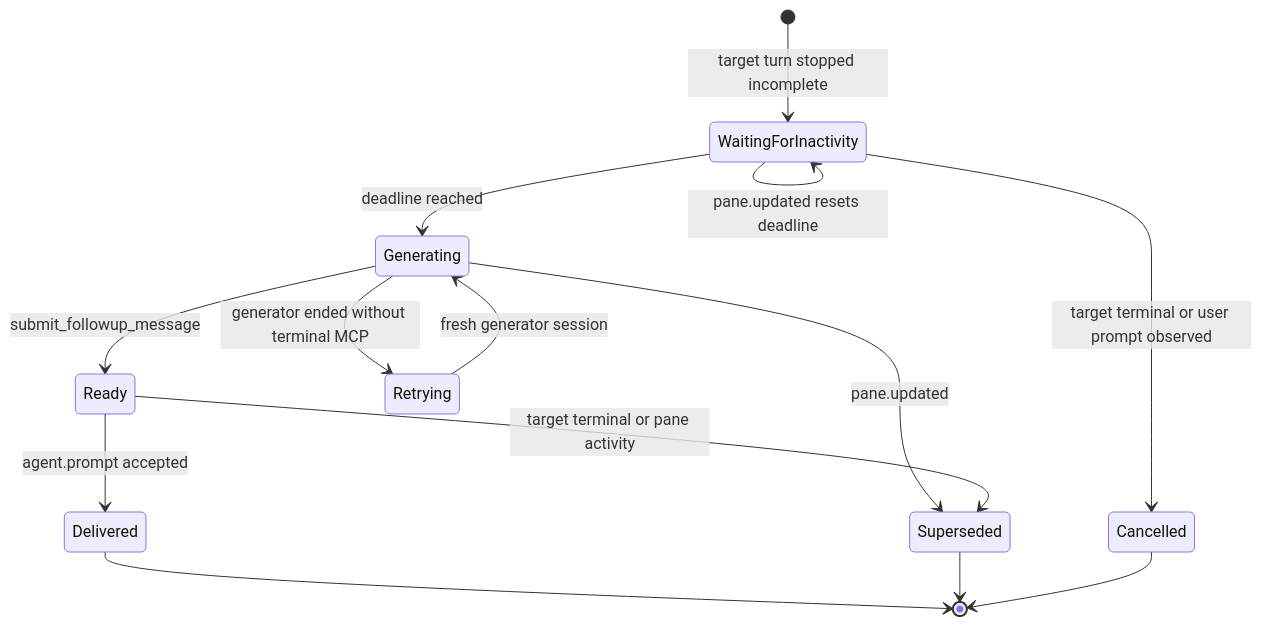
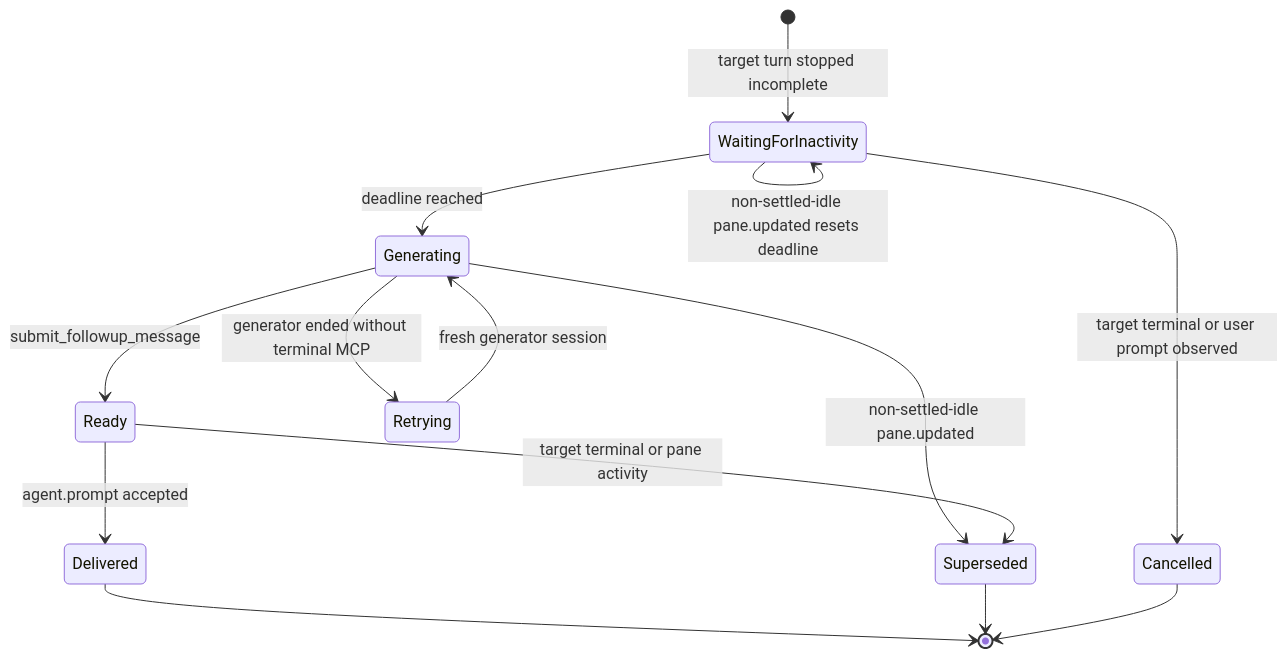
The sixth of 6 diagrams in docs/design/state-machine.md (reyoung/pika), drawn with Mermaid before and after one commit. The commit also changed other lines of this file and 7 other files, not shown here.

````diff
--- a/docs/design/state-machine.md
+++ b/docs/design/state-machine.md
@@ -142,16 +142,16 @@
 ```mermaid
 stateDiagram-v2
     [*] --> WaitingForInactivity: target turn stopped incomplete
-    WaitingForInactivity --> WaitingForInactivity: pane.updated resets deadline
+    WaitingForInactivity --> WaitingForInactivity: non-settled-idle pane.updated resets deadline
     WaitingForInactivity --> Generating: deadline reached
     WaitingForInactivity --> Cancelled: target terminal or user prompt observed
     Generating --> Ready: submit_followup_message
-    Generating --> Superseded: pane.updated
+    Generating --> Superseded: non-settled-idle pane.updated
     Generating --> Retrying: generator ended without terminal MCP
     Retrying --> Generating: fresh generator session
     Ready --> Delivered: agent.prompt accepted
     Ready --> Superseded: target terminal or pane activity
     Delivered --> [*]
     Superseded --> [*]
     Cancelled --> [*]
 ```
````
